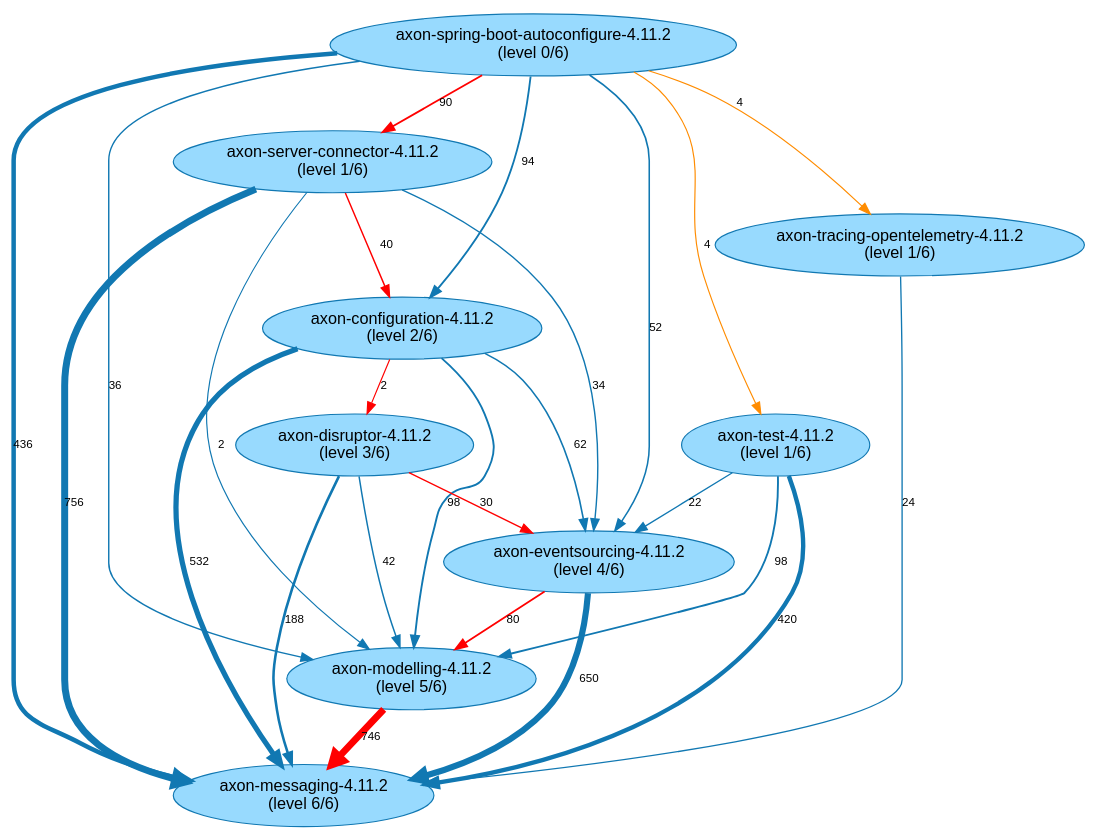
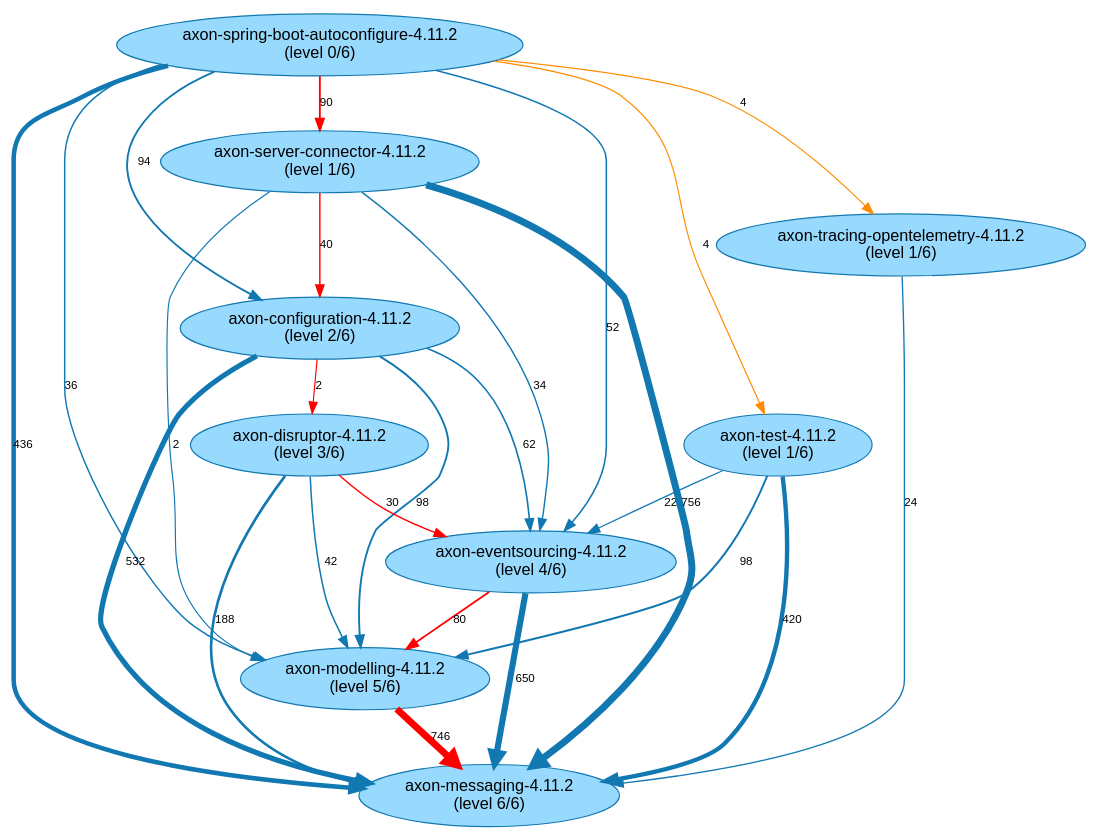
Before and after one commit to JohT/code-graph-analysis-examples: the diagram in analysis-results/AxonFramework/AxonFramework-4.11.2/path-finding-visualization/JavaArtifactLongestPaths.gv, drawn with Graphviz. The commit also changed other lines of this file and 391 other files, not shown here.

```diff
--- a/analysis-results/AxonFramework/AxonFramework-4.11.2/path-finding-visualization/JavaArtifactLongestPaths.gv
+++ b/analysis-results/AxonFramework/AxonFramework-4.11.2/path-finding-visualization/JavaArtifactLongestPaths.gv
@@ -1,37 +1,37 @@
 // This GraphViz dot file was generated by the script convertQueryResultCsvToGraphVizDotFile.sh with default.template
 
 strict digraph JavaArtifactLongestPaths {
     fontname = "Helvetica,Arial,sans-serif";
     node [fontname = "Helvetica,Arial,sans-serif";];
     edge [fontname = "Helvetica,Arial,sans-serif"; fontsize = 10;];
     node [style = filled; fillcolor = "0.560 0.400 0.999";];
     node [color = "0.560 0.900 0.700";];
     edge [color = "0.560 0.900 0.700";];
+	"axon-spring-boot-autoconfigure-4.11.2\n(level 0/6)" -> "axon-configuration-4.11.2\n(level 2/6)" [label=94; penwidth=1.61; ];
+	"axon-spring-boot-autoconfigure-4.11.2\n(level 0/6)" -> "axon-messaging-4.11.2\n(level 6/6)" [label=436; penwidth=3.88; ];
+	"axon-spring-boot-autoconfigure-4.11.2\n(level 0/6)" -> "axon-test-4.11.2\n(level 1/6)" [label=4; penwidth=1.01; ];
 	"axon-spring-boot-autoconfigure-4.11.2\n(level 0/6)" -> "axon-server-connector-4.11.2\n(level 1/6)" [label=90; penwidth=1.58; color="red"; ];
-	"axon-spring-boot-autoconfigure-4.11.2\n(level 0/6)" -> "axon-messaging-4.11.2\n(level 6/6)" [label=436; penwidth=3.88; ];
-	"axon-spring-boot-autoconfigure-4.11.2\n(level 0/6)" -> "axon-configuration-4.11.2\n(level 2/6)" [label=94; penwidth=1.61; ];
 	"axon-spring-boot-autoconfigure-4.11.2\n(level 0/6)" -> "axon-eventsourcing-4.11.2\n(level 4/6)" [label=52; penwidth=1.33; ];
 	"axon-spring-boot-autoconfigure-4.11.2\n(level 0/6)" -> "axon-modelling-4.11.2\n(level 5/6)" [label=36; penwidth=1.23; ];
 	"axon-spring-boot-autoconfigure-4.11.2\n(level 0/6)" -> "axon-tracing-opentelemetry-4.11.2\n(level 1/6)" [label=4; penwidth=1.01; ];
-	"axon-spring-boot-autoconfigure-4.11.2\n(level 0/6)" -> "axon-test-4.11.2\n(level 1/6)" [label=4; penwidth=1.01; ];
+	"axon-test-4.11.2\n(level 1/6)" -> "axon-modelling-4.11.2\n(level 5/6)" [label=98; penwidth=1.64; ];
+	"axon-test-4.11.2\n(level 1/6)" -> "axon-messaging-4.11.2\n(level 6/6)" [label=420; penwidth=3.77; ];
 	"axon-test-4.11.2\n(level 1/6)" -> "axon-eventsourcing-4.11.2\n(level 4/6)" [label=22; penwidth=1.13; ];
-	"axon-test-4.11.2\n(level 1/6)" -> "axon-messaging-4.11.2\n(level 6/6)" [label=420; penwidth=3.77; ];
-	"axon-test-4.11.2\n(level 1/6)" -> "axon-modelling-4.11.2\n(level 5/6)" [label=98; penwidth=1.64; ];
 	"axon-configuration-4.11.2\n(level 2/6)" -> "axon-messaging-4.11.2\n(level 6/6)" [label=532; penwidth=4.51; ];
 	"axon-configuration-4.11.2\n(level 2/6)" -> "axon-eventsourcing-4.11.2\n(level 4/6)" [label=62; penwidth=1.4; ];
 	"axon-configuration-4.11.2\n(level 2/6)" -> "axon-modelling-4.11.2\n(level 5/6)" [label=98; penwidth=1.64; ];
 	"axon-configuration-4.11.2\n(level 2/6)" -> "axon-disruptor-4.11.2\n(level 3/6)" [label=2; penwidth=1.0; color="red"; ];
 	"axon-eventsourcing-4.11.2\n(level 4/6)" -> "axon-messaging-4.11.2\n(level 6/6)" [label=650; penwidth=5.3; ];
 	"axon-eventsourcing-4.11.2\n(level 4/6)" -> "axon-modelling-4.11.2\n(level 5/6)" [label=80; penwidth=1.52; color="red"; ];
 	"axon-server-connector-4.11.2\n(level 1/6)" -> "axon-messaging-4.11.2\n(level 6/6)" [label=756; penwidth=6.0; ];
+	"axon-server-connector-4.11.2\n(level 1/6)" -> "axon-configuration-4.11.2\n(level 2/6)" [label=40; penwidth=1.25; color="red"; ];
 	"axon-server-connector-4.11.2\n(level 1/6)" -> "axon-eventsourcing-4.11.2\n(level 4/6)" [label=34; penwidth=1.21; ];
-	"axon-server-connector-4.11.2\n(level 1/6)" -> "axon-configuration-4.11.2\n(level 2/6)" [label=40; penwidth=1.25; color="red"; ];
 	"axon-server-connector-4.11.2\n(level 1/6)" -> "axon-modelling-4.11.2\n(level 5/6)" [label=2; penwidth=1.0; ];
 	"axon-disruptor-4.11.2\n(level 3/6)" -> "axon-messaging-4.11.2\n(level 6/6)" [label=188; penwidth=2.23; ];
 	"axon-disruptor-4.11.2\n(level 3/6)" -> "axon-modelling-4.11.2\n(level 5/6)" [label=42; penwidth=1.27; ];
 	"axon-disruptor-4.11.2\n(level 3/6)" -> "axon-eventsourcing-4.11.2\n(level 4/6)" [label=30; penwidth=1.19; color="red"; ];
 	"axon-tracing-opentelemetry-4.11.2\n(level 1/6)" -> "axon-messaging-4.11.2\n(level 6/6)" [label=24; penwidth=1.15; ];
 	"axon-modelling-4.11.2\n(level 5/6)" -> "axon-messaging-4.11.2\n(level 6/6)" [label=746; penwidth=5.93; color="red"; ];
 	"axon-spring-boot-autoconfigure-4.11.2\n(level 0/6)" -> "axon-test-4.11.2\n(level 1/6)" [label=4; penwidth=1.01; color="darkorange"; ];
 	"axon-spring-boot-autoconfigure-4.11.2\n(level 0/6)" -> "axon-tracing-opentelemetry-4.11.2\n(level 1/6)" [label=4; penwidth=1.01; color="darkorange"; ];
 }
```
